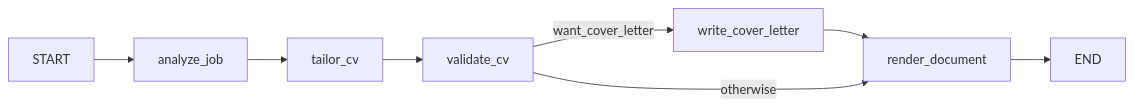
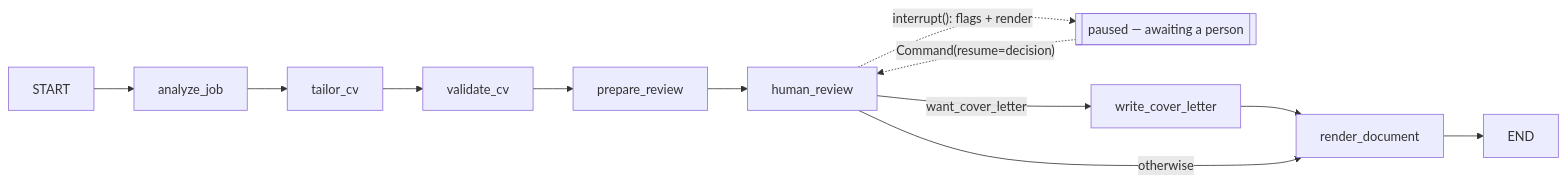
Before and after one commit to thomas-choi/Resume-Builder: the second of 5 diagrams in TECHNICAL-DESIGN.md, drawn with Mermaid. The commit also changed other lines of this file and 45 other files, not shown here.

````diff
--- a/TECHNICAL-DESIGN.md
+++ b/TECHNICAL-DESIGN.md
@@ -510,7 +556,9 @@
 ```mermaid
 flowchart LR
-    START --> analyze_job --> tailor_cv --> validate_cv
-    validate_cv -->|want_cover_letter| write_cover_letter --> render_document
-    validate_cv -->|otherwise| render_document
+    START --> analyze_job --> tailor_cv --> validate_cv --> prepare_review --> human_review
+    human_review -.->|"interrupt(): flags + render"| PAUSED[["paused — awaiting a person"]]
+    PAUSED -.->|"Command(resume=decision)"| human_review
+    human_review -->|want_cover_letter| write_cover_letter --> render_document
+    human_review -->|otherwise| render_document
     render_document --> END
 ```
````
